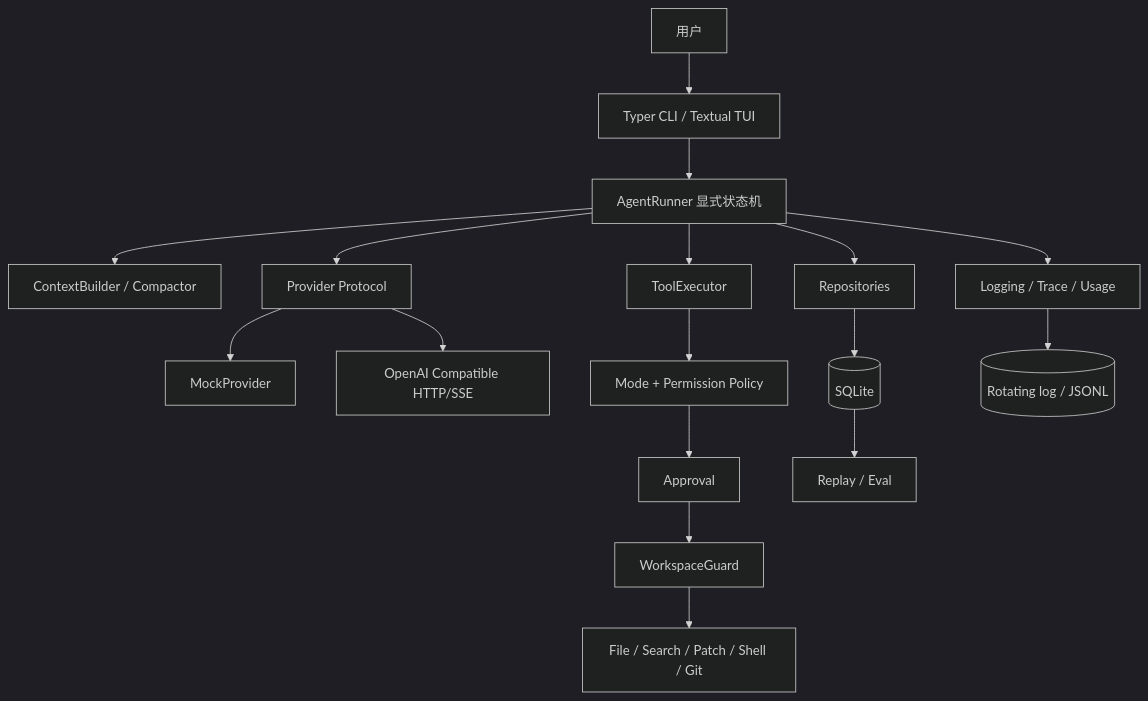
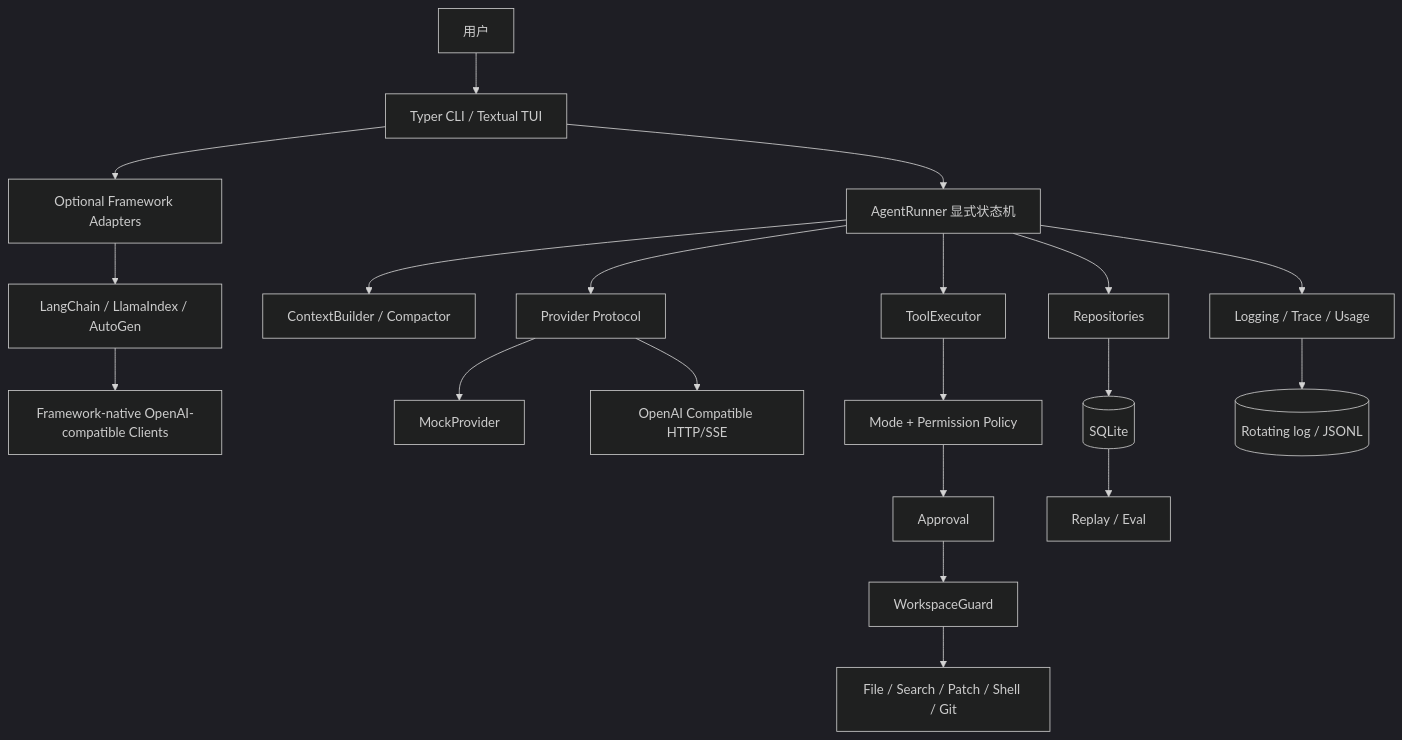
Before and after one commit to YfengJ/yf-harness: the diagram in docs/ARCHITECTURE.md, drawn with Mermaid (dark theme). The commit also changed other lines of this file and 23 other files, not shown here.

Commit message:
Add optional advanced agent framework integrations

````diff
--- a/docs/ARCHITECTURE.md
+++ b/docs/ARCHITECTURE.md
@@ -5,19 +5,22 @@
 ```mermaid
 flowchart TB
   U[用户] --> UI[Typer CLI / Textual TUI]
+  UI --> FI[Optional Framework Adapters]
+  FI --> LC[LangChain / LlamaIndex / AutoGen]
+  LC --> FC[Framework-native OpenAI-compatible Clients]
   UI --> AR[AgentRunner 显式状态机]
   AR --> CE[ContextBuilder / Compactor]
   AR --> PP[Provider Protocol]
   PP --> MP[MockProvider]
   PP --> OP[OpenAI Compatible HTTP/SSE]
   AR --> TE[ToolExecutor]
   TE --> PO[Mode + Permission Policy]
   PO --> AP[Approval]
   AP --> WG[WorkspaceGuard]
   WG --> TS[File / Search / Patch / Shell / Git]
   AR --> RP[Repositories]
   RP --> DB[(SQLite)]
   AR --> OB[Logging / Trace / Usage]
   OB --> LG[(Rotating log / JSONL)]
   DB --> RE[Replay / Eval]
 ```
````
